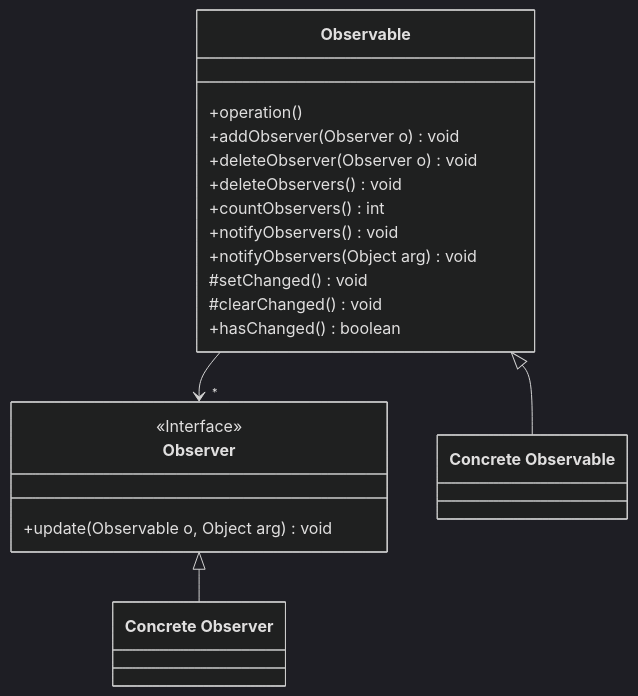
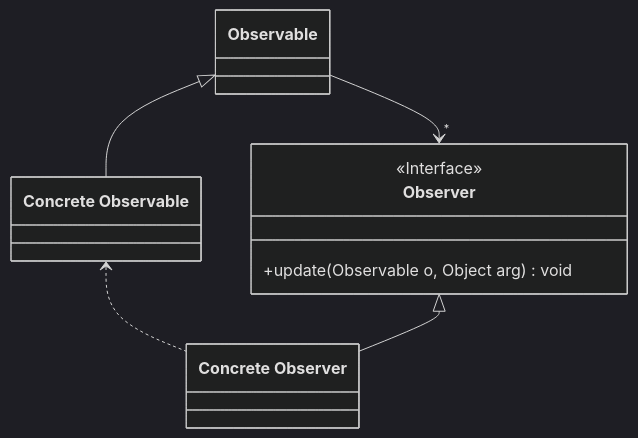
The diagram in patterns/observer/README.md (MohamedLargoYagoubi/Design-Patterns), drawn with Mermaid (dark theme) before and after one commit. The commit also changed other lines of this file, not shown here.

Commit message:
👁️ Observer

````diff
--- a/patterns/observer/README.md
+++ b/patterns/observer/README.md
@@ -18,30 +18,18 @@
 ```mermaid
 classDiagram
 
-
-
-class  Observable{
-    +operation()
-    +addObserver(Observer o) void
-    +deleteObserver(Observer o) void
-    +deleteObservers() void
-    +countObservers() int
-    +notifyObservers() void
-    +notifyObservers(Object arg) void
-    #setChanged() void
-    #clearChanged() void
-    +hasChanged() boolean
-}
 
 
 class Observer{
     <<Interface>> 
     +update(Observable o, Object arg) void
 }
 
 Observable --> "*" Observer
 
+`Concrete Observable` <.. `Concrete Observer`
+
 Observer <|-- `Concrete Observer`
 Observable <|-- `Concrete Observable`
 
 ```
````
